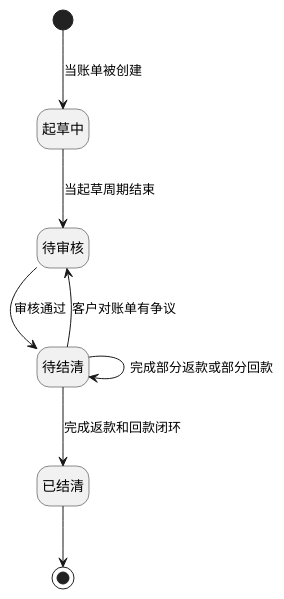
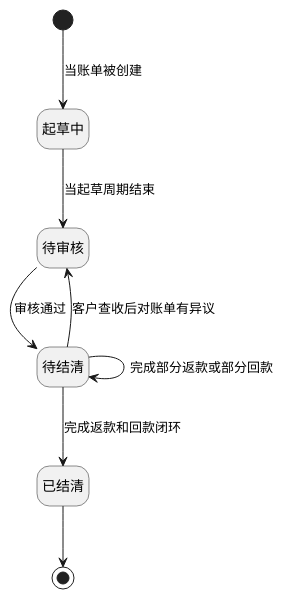
The ninth of 12 diagrams in product-caliber/bms/prd/财务系统.PRD.md (jack888332/projects-doc), drawn with PlantUML before and after one commit. The commit also changed other lines of this file and 16 other files, not shown here.

````diff
--- a/product-caliber/bms/prd/财务系统.PRD.md
+++ b/product-caliber/bms/prd/财务系统.PRD.md
@@ -977,18 +1555,18 @@
 ```plantuml
 @startuml
 hide empty description
 
 state 起草中
 state 待审核
 state 待结清
 state 已结清
 
 [*] --> 起草中 : 当账单被创建
 起草中 --> 待审核 : 当起草周期结束
 待审核 --> 待结清 : 审核通过
-待结清 --> 待审核 : 客户对账单有争议
+待结清 --> 待审核 : 客户查收后对账单有异议
 待结清 --> 待结清 : 完成部分返款或部分回款
 待结清 --> 已结清 : 完成返款和回款闭环
 已结清 --> [*]
 @enduml
 ```
````
